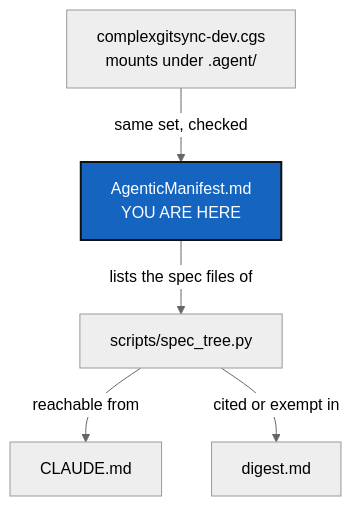
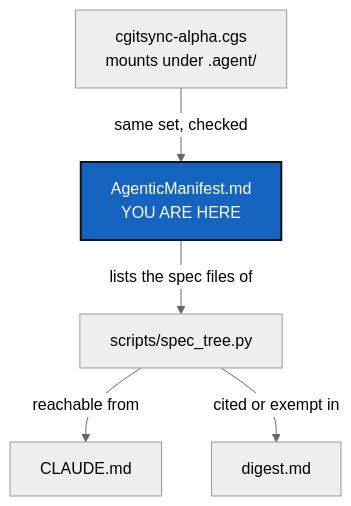
The diagram in AgenticManifest.md (flipoyo/.localSpec), drawn with Mermaid (neutral theme) before and after one commit. The commit also changed other lines of this file and 1 other file, not shown here.

Commit message:
cgitsync-8.8.1 alpha-examples: the level files complexgitsync-opx, dev, usr, pub and gx4g-opx, dev are removed; every reader of the developer install now reads examples/cgitsync-alpha.cgs, and examples/gx4g-alpha.cgs replaces the two gx4g level files.

````diff
--- a/AgenticManifest.md
+++ b/AgenticManifest.md
@@ -31,10 +31,10 @@
 ```mermaid
 graph TD
-    CGS["complexgitsync-dev.cgs<br/>mounts under .agent/"] -->|same set, checked| M["AgenticManifest.md<br/>YOU ARE HERE"]
+    CGS["cgitsync-alpha.cgs<br/>mounts under .agent/"] -->|same set, checked| M["AgenticManifest.md<br/>YOU ARE HERE"]
     M -->|lists the spec files of| SPEC["scripts/spec_tree.py"]
     SPEC -->|reachable from| ROOT["CLAUDE.md"]
     SPEC -->|cited or exempt in| DIG["digest.md"]
 
     classDef here fill:#1565C0,color:#fff,stroke:#111,stroke-width:2px;
     class M here;
 ```
````
